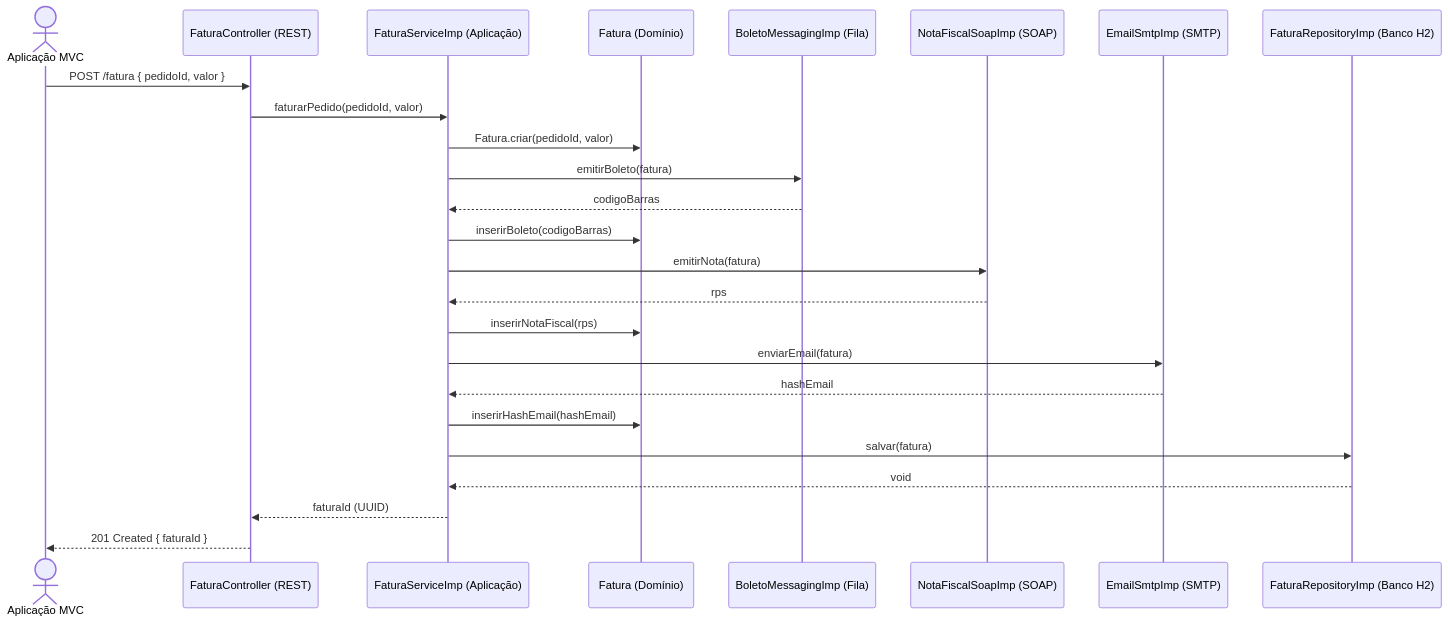
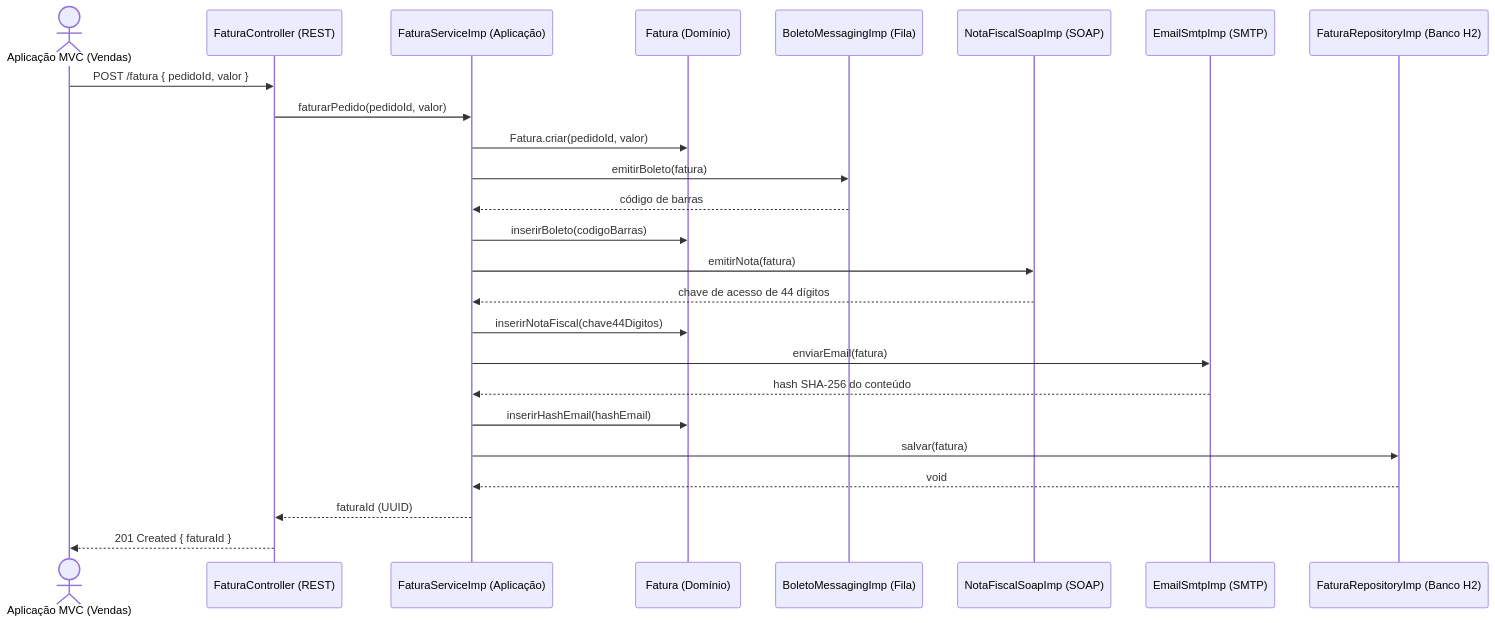
Before and after one commit to HigorHBO/Disciplina_ArquiteturaSoftware: the second of 2 diagrams in Aula-07/README.md, drawn with Mermaid. The commit also changed other lines of this file and 55 other files, not shown here.

````diff
--- a/Aula-07/README.md
+++ b/Aula-07/README.md
@@ -131,32 +118,32 @@
 ```mermaid
 sequenceDiagram
-    actor MVC as Aplicação MVC
+    actor MVC as Aplicação MVC (Vendas)
     participant Controller as FaturaController (REST)
     participant Service as FaturaServiceImp (Aplicação)
     participant Fatura as Fatura (Domínio)
     participant Boleto as BoletoMessagingImp (Fila)
     participant SOAP as NotaFiscalSoapImp (SOAP)
     participant SMTP as EmailSmtpImp (SMTP)
     participant Repo as FaturaRepositoryImp (Banco H2)
 
     MVC->>Controller: POST /fatura { pedidoId, valor }
     Controller->>Service: faturarPedido(pedidoId, valor)
     Service->>Fatura: Fatura.criar(pedidoId, valor)
     
     Service->>Boleto: emitirBoleto(fatura)
-    Boleto-->>Service: codigoBarras
+    Boleto-->>Service: código de barras
     Service->>Fatura: inserirBoleto(codigoBarras)
 
     Service->>SOAP: emitirNota(fatura)
-    SOAP-->>Service: rps
-    Service->>Fatura: inserirNotaFiscal(rps)
+    SOAP-->>Service: chave de acesso de 44 dígitos
+    Service->>Fatura: inserirNotaFiscal(chave44Digitos)
 
     Service->>SMTP: enviarEmail(fatura)
-    SMTP-->>Service: hashEmail
+    SMTP-->>Service: hash SHA-256 do conteúdo
     Service->>Fatura: inserirHashEmail(hashEmail)
 
     Service->>Repo: salvar(fatura)
     Repo-->>Service: void
     Service-->>Controller: faturaId (UUID)
     Controller-->>MVC: 201 Created { faturaId }
 ```
````
